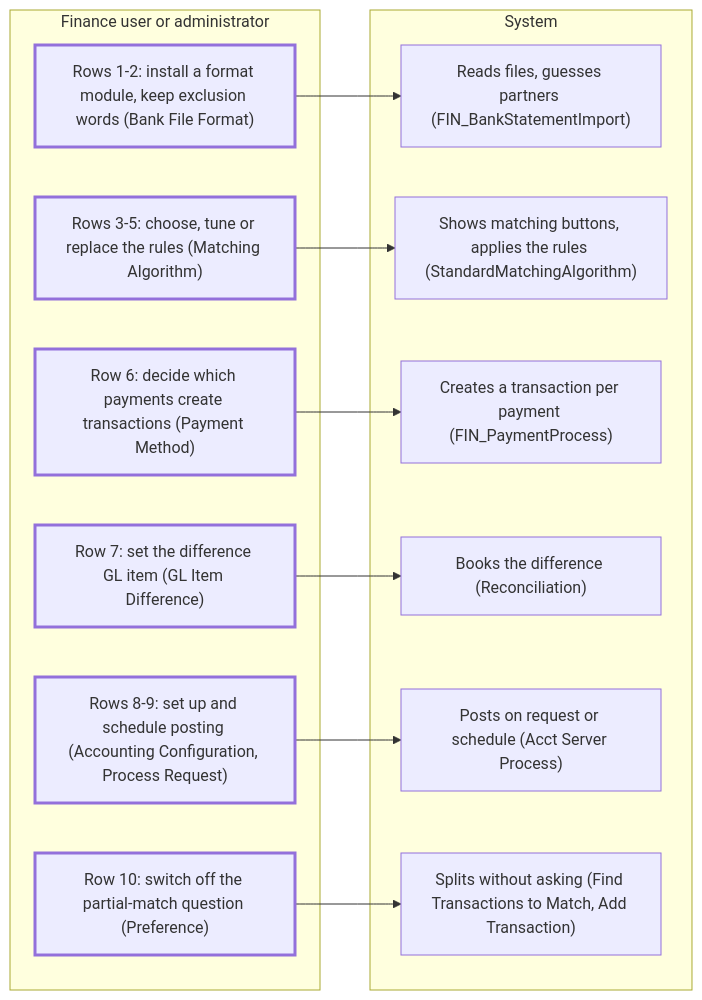
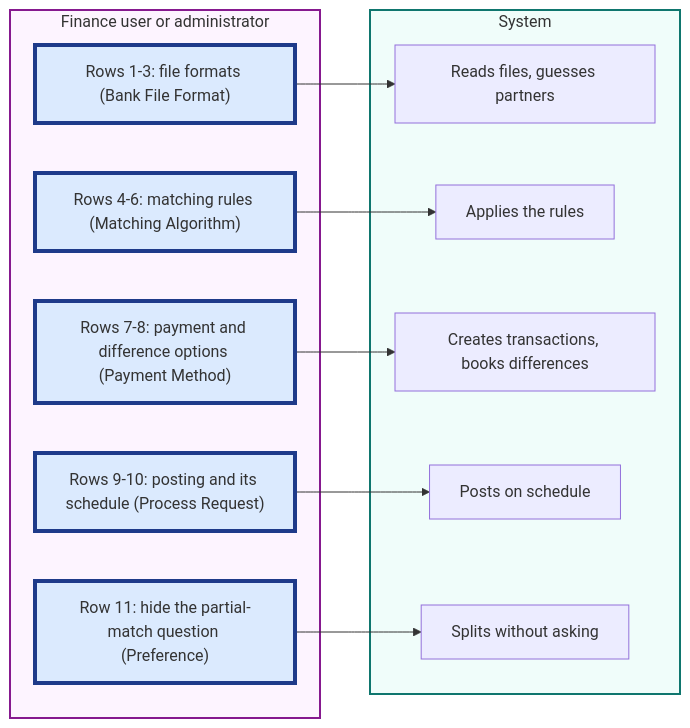
The fourth of 9 diagrams in docs/analysis/analysis-1-current-state-reconciliation.md (blitzy-public-samples/openbravo-erp), drawn with Mermaid before and after one commit. The commit also changed other lines of this file, not shown here.

First line of the commit message:
Expand Analysis 1 manual-action inventory and swimlanes

````diff
--- a/docs/analysis/analysis-1-current-state-reconciliation.md
+++ b/docs/analysis/analysis-1-current-state-reconciliation.md
@@ -223,27 +238,28 @@
 ```mermaid
 flowchart LR
+  accTitle: Figure 4. Swimlane of Setup Actions
+  accDescr: Setup steps and what each enables.
   subgraph People["Finance user or administrator"]
-    M1["Rows 1-2: install a format module, keep exclusion words (Bank File Format)"]
-    M3["Rows 3-5: choose, tune or replace the rules (Matching Algorithm)"]
-    M6["Row 6: decide which payments create transactions (Payment Method)"]
-    M7["Row 7: set the difference GL item (GL Item Difference)"]
-    M8["Rows 8-9: set up and schedule posting (Accounting Configuration, Process Request)"]
-    M10["Row 10: switch off the partial-match question (Preference)"]
+    M4["Rows 4-6: matching rules (Matching Algorithm)"]
+    M7["Rows 7-8: payment and difference options (Payment Method)"]
+    M1["Rows 1-3: file formats (Bank File Format)"]
+    M9["Rows 9-10: posting and its schedule (Process Request)"]
+    M11["Row 11: hide the partial-match question (Preference)"]
   end
   subgraph System["System"]
-    S1["Reads files, guesses partners (FIN_BankStatementImport)"]
-    S2["Shows matching buttons, applies the rules (StandardMatchingAlgorithm)"]
-    S3["Creates a transaction per payment (FIN_PaymentProcess)"]
-    S4["Books the difference (Reconciliation)"]
-    S5["Posts on request or schedule (Acct Server Process)"]
-    S6["Splits without asking (Find Transactions to Match, Add Transaction)"]
+    S1["Reads files, guesses partners"]
+    S2["Applies the rules"]
+    S3["Creates transactions, books differences"]
+    S4["Posts on schedule"]
+    S5["Splits without asking"]
   end
-  M1 --> S1
-  M3 --> S2
-  M6 --> S3
-  M7 --> S4
-  M8 --> S5
-  M10 --> S6
-  classDef manual stroke-width:3px
-  class M1,M3,M6,M7,M8,M10 manual
+  M1-->S1
+  M4-->S2
+  M7-->S3
+  M9-->S4
+  M11-->S5
+  style People fill:#fdf4ff,stroke:#86198f,stroke-width:2px
+  style System fill:#f0fdfa,stroke:#0f766e,stroke-width:2px
+  classDef manual fill:#dbeafe,stroke:#1e3a8a,stroke-width:4px
+  class M1,M4,M7,M9,M11 manual
 ```
````
